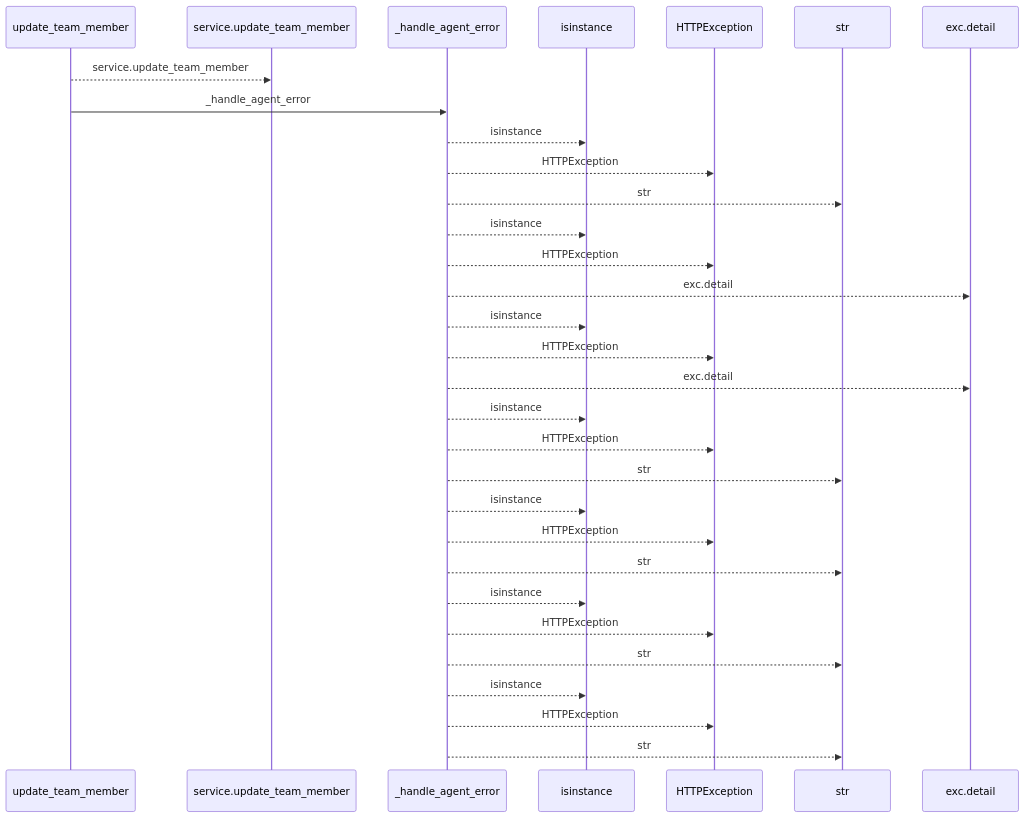
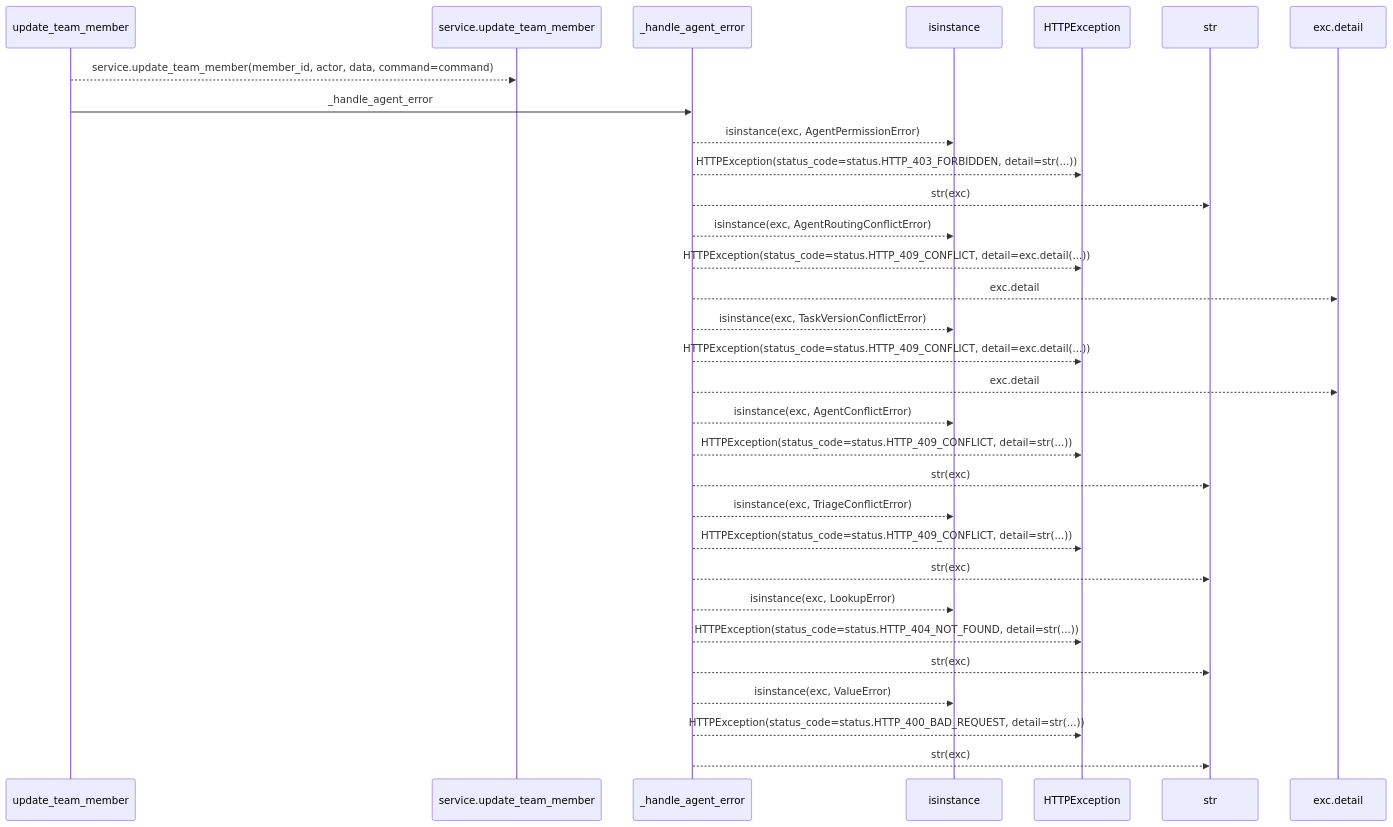
The first of 2 diagrams in docs/llm_wiki/flows/http-update_team_member-agent_planning.md (Denissvgn/WorkChord), drawn with Mermaid before and after one commit. The commit also changed other lines of this file and 25171 other files, not shown here.

````diff
--- a/docs/llm_wiki/flows/http-update_team_member-agent_planning.md
+++ b/docs/llm_wiki/flows/http-update_team_member-agent_planning.md
@@ -10,33 +12,33 @@
 ```mermaid
 sequenceDiagram
     participant p0 as update_team_member
     participant p1 as service.update_team_member
     participant p2 as _handle_agent_error
     participant p3 as isinstance
     participant p4 as HTTPException
     participant p5 as str
     participant p6 as exc.detail
-    p0-->>p1: service.update_team_member
+    p0-->>p1: service.update_team_member(member_id, actor, data, command=command)
     p0->>p2: _handle_agent_error
-    p2-->>p3: isinstance
-    p2-->>p4: HTTPException
-    p2-->>p5: str
-    p2-->>p3: isinstance
-    p2-->>p4: HTTPException
+    p2-->>p3: isinstance(exc, AgentPermissionError)
+    p2-->>p4: HTTPException(status_code=status.HTTP_403_FORBIDDEN, detail=str(...))
+    p2-->>p5: str(exc)
+    p2-->>p3: isinstance(exc, AgentRoutingConflictError)
+    p2-->>p4: HTTPException(status_code=status.HTTP_409_CONFLICT, detail=exc.detail(...))
     p2-->>p6: exc.detail
-    p2-->>p3: isinstance
-    p2-->>p4: HTTPException
+    p2-->>p3: isinstance(exc, TaskVersionConflictError)
+    p2-->>p4: HTTPException(status_code=status.HTTP_409_CONFLICT, detail=exc.detail(...))
     p2-->>p6: exc.detail
-    p2-->>p3: isinstance
-    p2-->>p4: HTTPException
-    p2-->>p5: str
-    p2-->>p3: isinstance
-    p2-->>p4: HTTPException
-    p2-->>p5: str
-    p2-->>p3: isinstance
-    p2-->>p4: HTTPException
-    p2-->>p5: str
-    p2-->>p3: isinstance
-    p2-->>p4: HTTPException
-    p2-->>p5: str
+    p2-->>p3: isinstance(exc, AgentConflictError)
+    p2-->>p4: HTTPException(status_code=status.HTTP_409_CONFLICT, detail=str(...))
+    p2-->>p5: str(exc)
+    p2-->>p3: isinstance(exc, TriageConflictError)
+    p2-->>p4: HTTPException(status_code=status.HTTP_409_CONFLICT, detail=str(...))
+    p2-->>p5: str(exc)
+    p2-->>p3: isinstance(exc, LookupError)
+    p2-->>p4: HTTPException(status_code=status.HTTP_404_NOT_FOUND, detail=str(...))
+    p2-->>p5: str(exc)
+    p2-->>p3: isinstance(exc, ValueError)
+    p2-->>p4: HTTPException(status_code=status.HTTP_400_BAD_REQUEST, detail=str(...))
+    p2-->>p5: str(exc)
 ```
````
